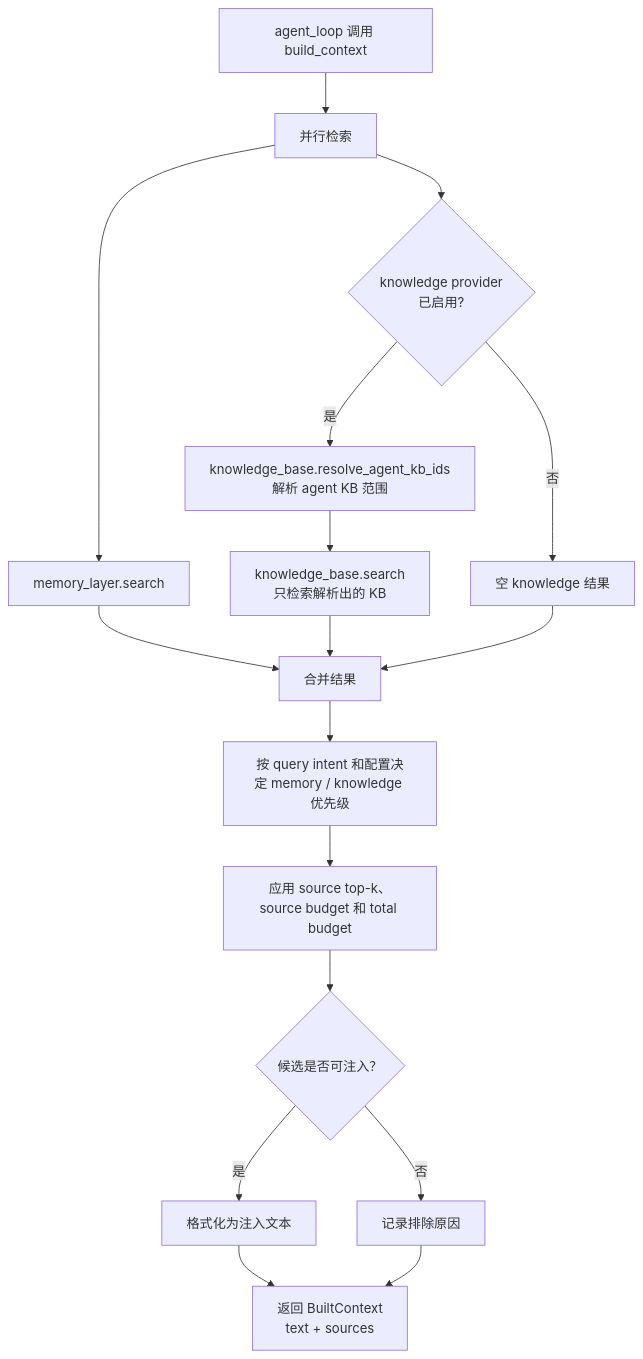
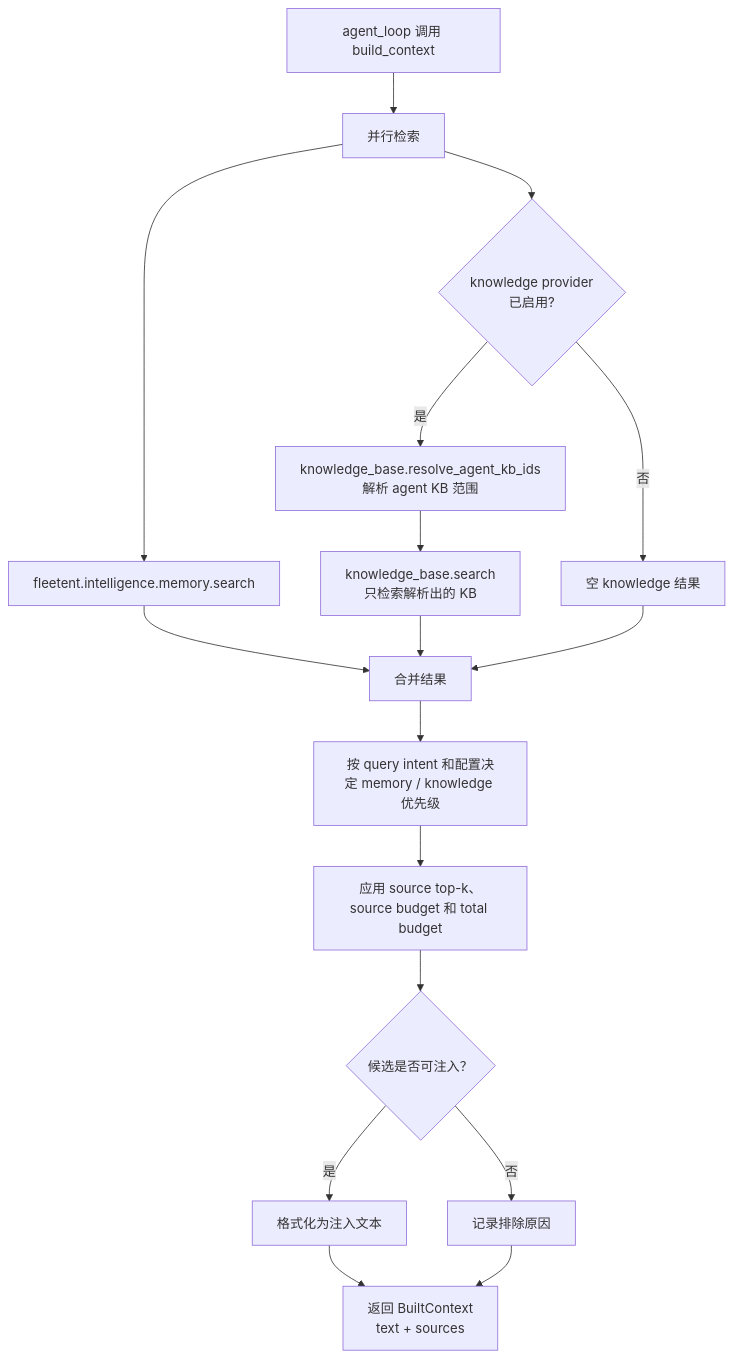
The diagram in docs/capabilities/long-term-ctx.md (Summy2104/fleetent), drawn with Mermaid before and after one commit. The commit also changed other lines of this file and 20 other files, not shown here.

````diff
--- a/docs/capabilities/long-term-ctx.md
+++ b/docs/capabilities/long-term-ctx.md
@@ -28,19 +28,19 @@
 ```mermaid
 flowchart TD
     A[agent_loop 调用 build_context] --> B[并行检索]
-    B --> C[memory_layer.search]
+    B --> C["fleetent.intelligence.memory.search"]
     B --> D{knowledge provider\n已启用?}
     D -->|是| S[knowledge_base.resolve_agent_kb_ids\n解析 agent KB 范围]
     S --> E[knowledge_base.search\n只检索解析出的 KB]
     D -->|否| F[空 knowledge 结果]
     C --> G[合并结果]
     E --> G
     F --> G
     G --> H[按 query intent 和配置决定 memory / knowledge 优先级]
     H --> I[应用 source top-k、source budget 和 total budget]
     I --> J{候选是否可注入？}
     J -->|否| M[记录排除原因]
     J -->|是| K[格式化为注入文本]
     K --> L[返回 BuiltContext\ntext + sources]
     M --> L
 ```
````
